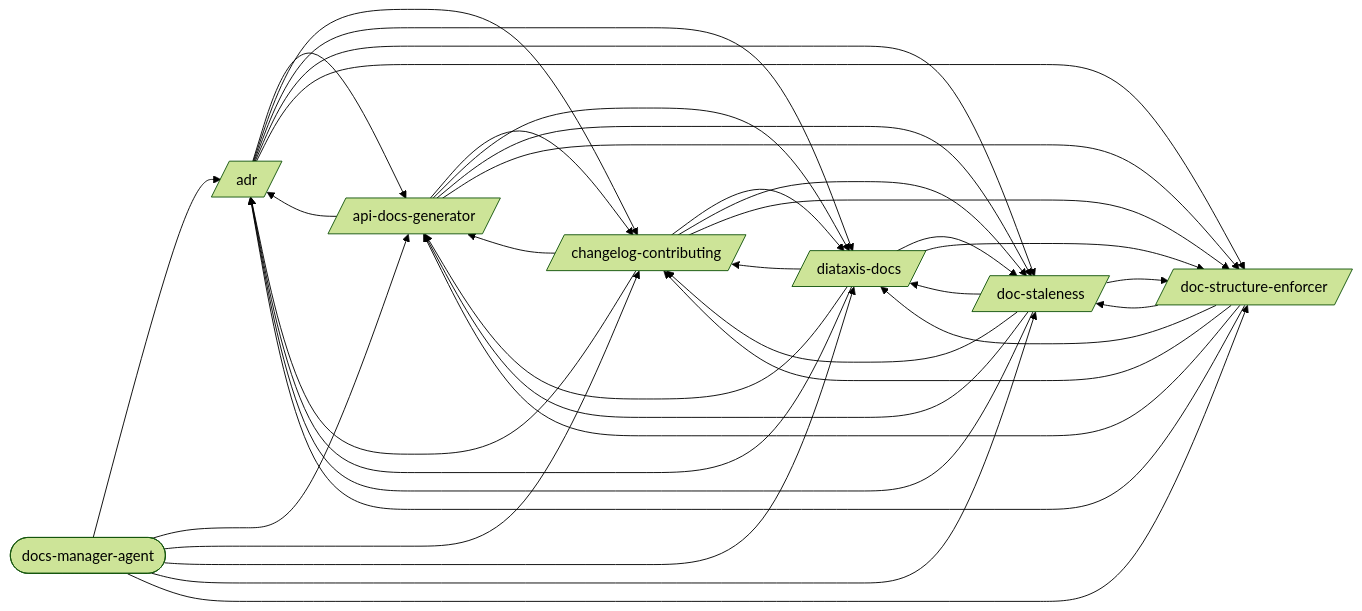
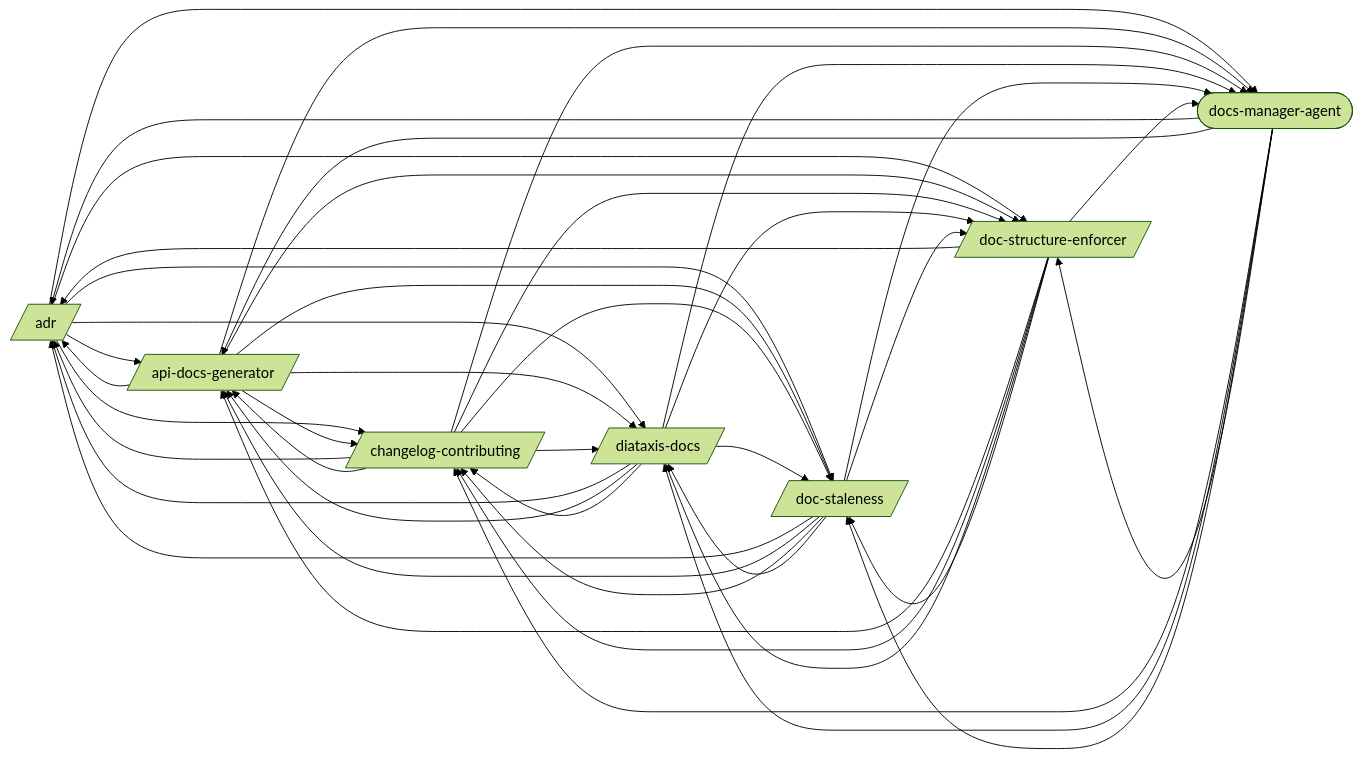
One commit to abhayla/claude-best-practices changed the first of 2 diagrams in docs/workflows/documentation.md. Above: the diagram before and after it, drawn with Mermaid (forest theme). The commit also changed other lines of this file and 10 other files, not shown here.

````diff
--- a/docs/workflows/documentation.md
+++ b/docs/workflows/documentation.md
@@ -9,46 +9,52 @@
 ```mermaid
 graph LR
     adr[/adr/]
     api_docs_generator[/api-docs-generator/]
     changelog_contributing[/changelog-contributing/]
     diataxis_docs[/diataxis-docs/]
     doc_staleness[/doc-staleness/]
     doc_structure_enforcer[/doc-structure-enforcer/]
     docs_manager_agent([docs-manager-agent])
     adr --> api_docs_generator
     adr --> changelog_contributing
     adr --> diataxis_docs
     adr --> doc_staleness
     adr --> doc_structure_enforcer
+    adr --> docs_manager_agent
     api_docs_generator --> adr
     api_docs_generator --> changelog_contributing
     api_docs_generator --> diataxis_docs
     api_docs_generator --> doc_staleness
     api_docs_generator --> doc_structure_enforcer
+    api_docs_generator --> docs_manager_agent
     changelog_contributing --> adr
     changelog_contributing --> api_docs_generator
     changelog_contributing --> diataxis_docs
     changelog_contributing --> doc_staleness
     changelog_contributing --> doc_structure_enforcer
+    changelog_contributing --> docs_manager_agent
     diataxis_docs --> adr
     diataxis_docs --> api_docs_generator
     diataxis_docs --> changelog_contributing
     diataxis_docs --> doc_staleness
     diataxis_docs --> doc_structure_enforcer
+    diataxis_docs --> docs_manager_agent
     doc_staleness --> adr
     doc_staleness --> api_docs_generator
     doc_staleness --> changelog_contributing
     doc_staleness --> diataxis_docs
     doc_staleness --> doc_structure_enforcer
+    doc_staleness --> docs_manager_agent
     doc_structure_enforcer --> adr
     doc_structure_enforcer --> api_docs_generator
     doc_structure_enforcer --> changelog_contributing
     doc_structure_enforcer --> diataxis_docs
     doc_structure_enforcer --> doc_staleness
+    doc_structure_enforcer --> docs_manager_agent
     docs_manager_agent --> adr
     docs_manager_agent --> api_docs_generator
     docs_manager_agent --> changelog_contributing
     docs_manager_agent --> diataxis_docs
     docs_manager_agent --> doc_staleness
     docs_manager_agent --> doc_structure_enforcer
 ```
````
